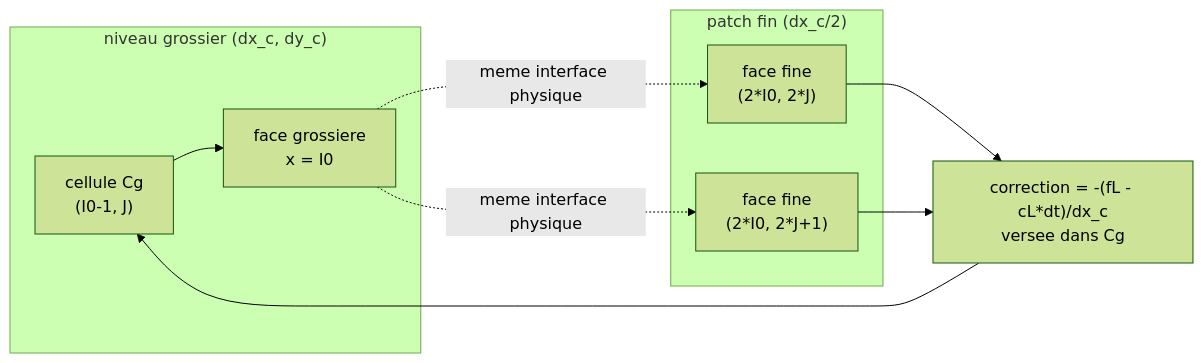
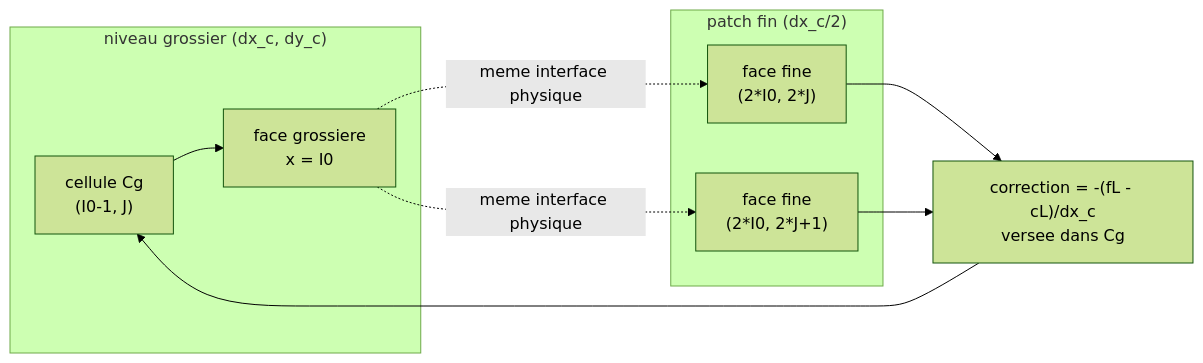
The second of 4 diagrams in docs/ARCHITECTURE.md (wolf75222/PoPS), drawn with Mermaid (forest theme) before and after one commit. The commit also changed other lines of this file and 126 other files, not shown here.

````diff
--- a/docs/ARCHITECTURE.md
+++ b/docs/ARCHITECTURE.md
@@ -277,17 +277,17 @@
 ```mermaid
 graph LR
   subgraph Grossier["niveau grossier (dx_c, dy_c)"]
     Cg["cellule Cg<br/>(I0-1, J)"]
     Cgf["face grossiere<br/>x = I0"]
   end
   subgraph Fin["patch fin (dx_c/2)"]
     f0["face fine<br/>(2*I0, 2*J)"]
     f1["face fine<br/>(2*I0, 2*J+1)"]
   end
   Cg --> Cgf
   Cgf -. "meme interface physique" .-> f0
   Cgf -. "meme interface physique" .-> f1
-  f0 --> Reflux["correction = -(fL - cL*dt)/dx_c<br/>versee dans Cg"]
+  f0 --> Reflux["correction = -(fL - cL)/dx_c<br/>versee dans Cg"]
   f1 --> Reflux
   Reflux --> Cg
 ```
````
